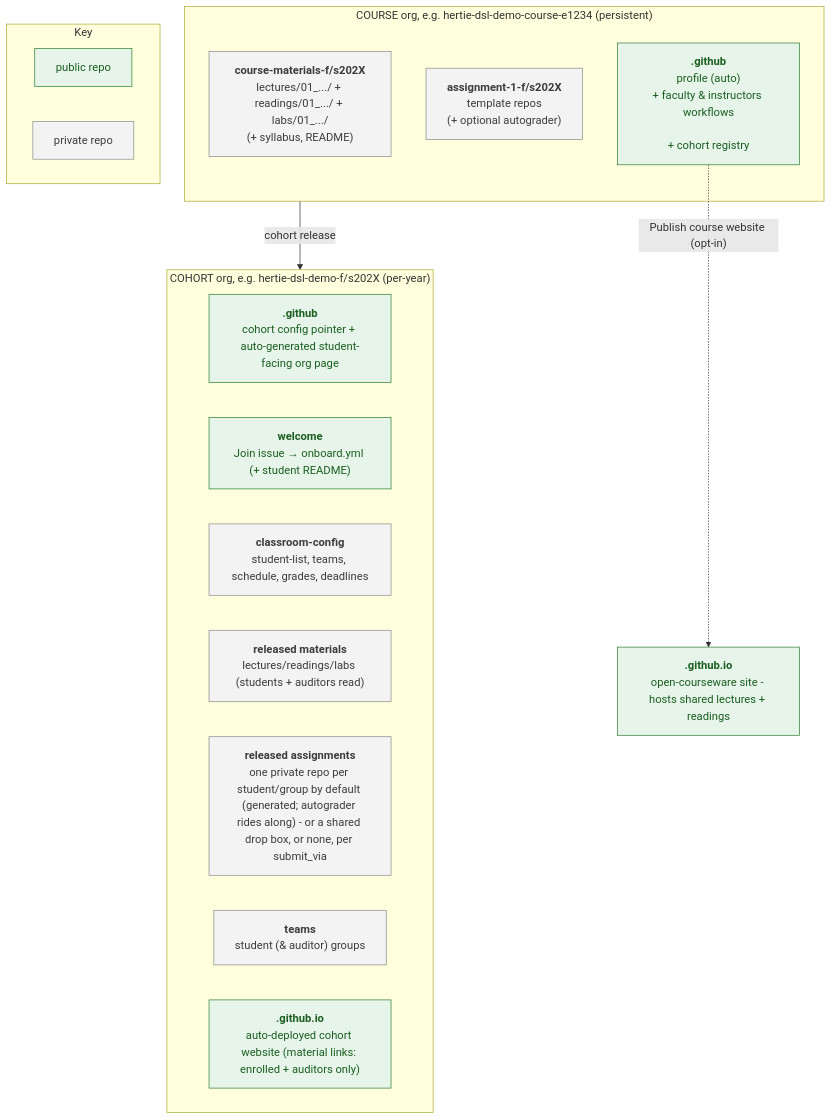
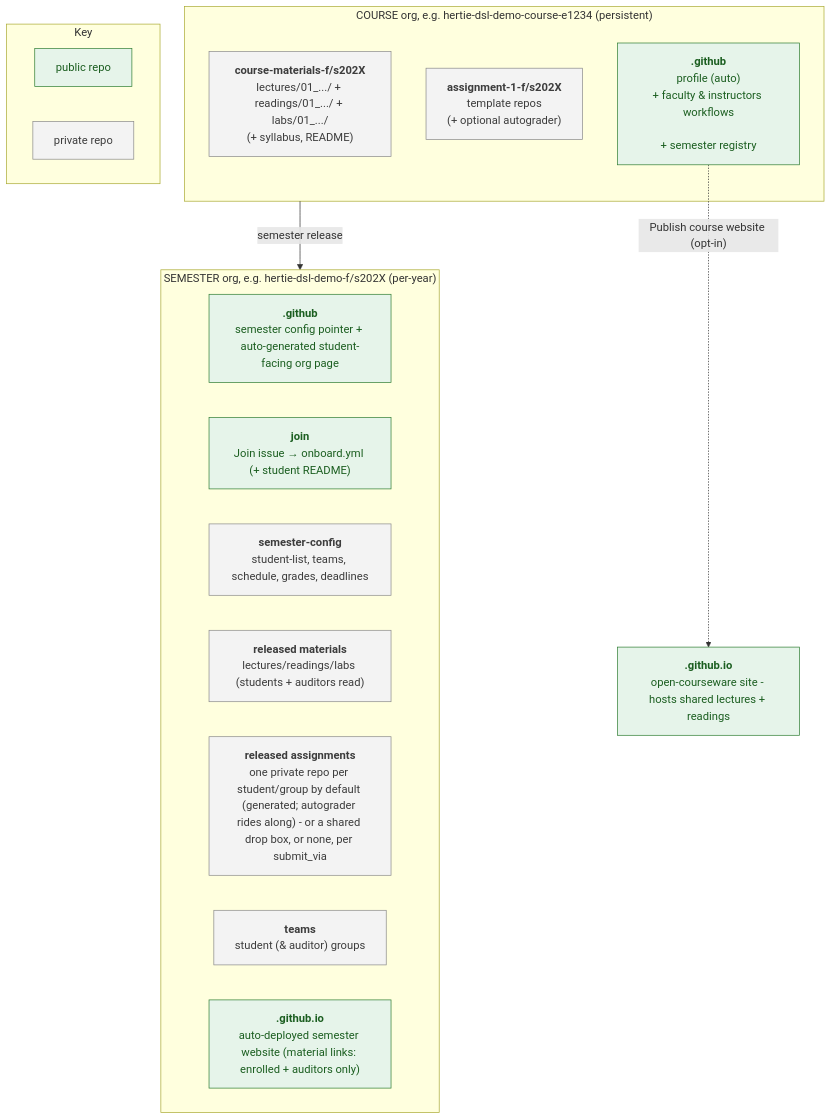
Before and after one commit to hertie-data-science-lab/dsl-teaching-toolkit: the diagram in README.md, drawn with Mermaid. The commit also changed other lines of this file and 290 other files, not shown here.

````diff
--- a/README.md
+++ b/README.md
@@ -37,63 +37,63 @@
 ```mermaid
 flowchart TB
   subgraph COURSE["COURSE org, e.g. hertie-dsl-demo-course-e1234 (persistent)"]
     mat["`**course-materials-f/s202X**
 
 lectures/01_.../ + readings/01_.../ + labs/01_.../
 
 (+ syllabus, README)`"]
     tmpl["`**assignment-1-f/s202X**
 
 template repos
 
 (+ optional autograder)`"]
     gh["`**.github**
 
 profile (auto)
 
 + faculty & instructors workflows
 
-+ cohort registry`"]
++ semester registry`"]
   end
 
-  subgraph COHORT["COHORT org, e.g. hertie-dsl-demo-f/s202X (per-year)"]
+  subgraph SEMESTER["SEMESTER org, e.g. hertie-dsl-demo-f/s202X (per-year)"]
     cgh["`**.github**
 
-cohort config pointer + auto-generated student-facing org page`"]
-    welcome["`**welcome**
+semester config pointer + auto-generated student-facing org page`"]
+    join["`**join**
 
 Join issue → onboard.yml (+ student README)`"]
-    cfg["`**classroom-config**
+    cfg["`**semester-config**
 
 student-list, teams, schedule, grades, deadlines`"]
     cmat["`**released materials**
 
 lectures/readings/labs (students + auditors read)`"]
     repos["`**released assignments**
 
 one private repo per student/group by default (generated; autograder rides along) - or a shared drop box, or none, per submit_via`"]
     team["`**teams**
 
 student (& auditor) groups`"]
-    site["`**<cohort>.github.io**
+    site["`**<semester>.github.io**
 
-auto-deployed cohort website (material links: enrolled + auditors only)`"]
+auto-deployed semester website (material links: enrolled + auditors only)`"]
   end
 
   pub["`**<course-org>.github.io**
 
 open-courseware site - hosts shared lectures + readings`"]
 
-  COURSE -->|"cohort release"| COHORT
+  COURSE -->|"semester release"| SEMESTER
   gh -.->|"Publish course website (opt-in)"| pub
 
   subgraph KEY["Key"]
     keypub["public repo"]
     keypriv["private repo"]
   end
 
   classDef public fill:#e6f4ea,stroke:#2e7d32,color:#1b5e20;
   classDef private fill:#f3f3f3,stroke:#8a8a8a,color:#3c3c3c;
-  class gh,cgh,welcome,site,pub,keypub public;
+  class gh,cgh,join,site,pub,keypub public;
   class mat,tmpl,cfg,cmat,repos,team,keypriv private;
 ```
````
